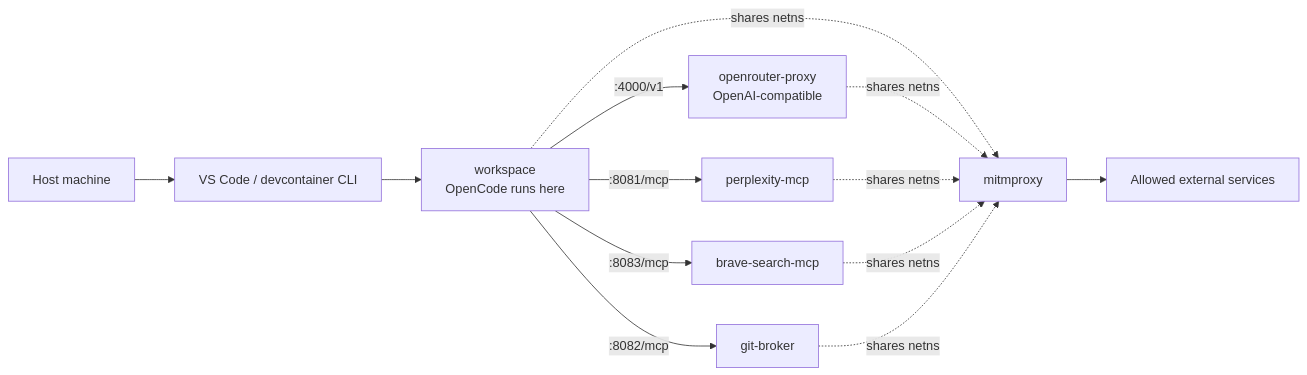
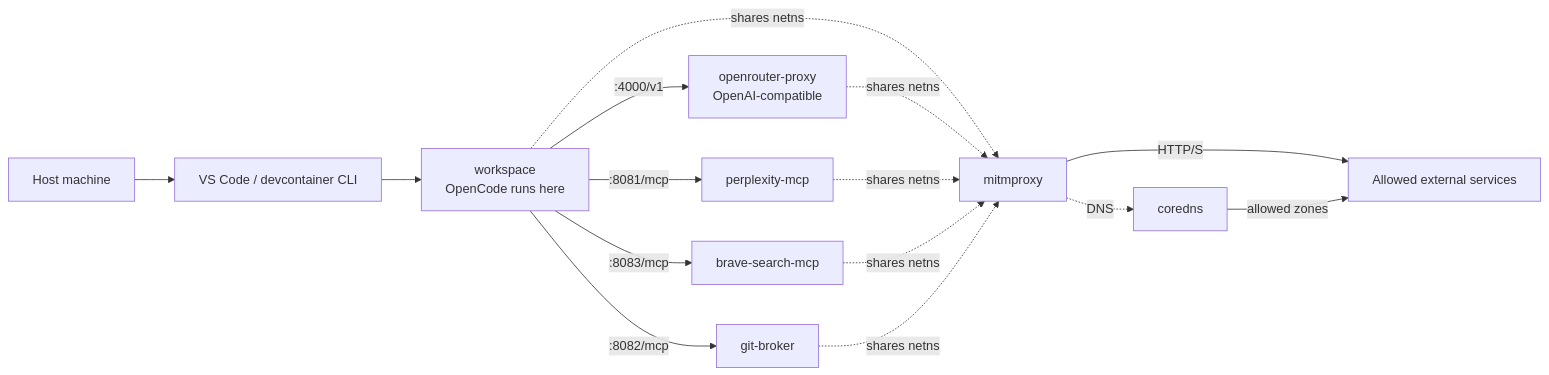
The first of 3 diagrams in README.md (sachitv/opencode-omo-sandbox-docker), drawn with Mermaid before and after one commit. The commit also changed other lines of this file and 11 other files, not shown here.

First line of the commit message:
Add CoreDNS DNS allowlist resolver to close DNS exfiltration channel (#3)

````diff
--- a/README.md
+++ b/README.md
@@ -50,28 +58,31 @@
 ```mermaid
 flowchart LR
   Host[Host machine]
   VSCode[VS Code / devcontainer CLI]
   Workspace[workspace<br/>OpenCode runs here]
   OpenRouter[openrouter-proxy<br/>OpenAI-compatible]
   Perplexity[perplexity-mcp]
   Brave[brave-search-mcp]
   GitBroker[git-broker]
   Mitm[mitmproxy]
+  CoreDNS[coredns]
   Internet[Allowed external services]
 
   Host --> VSCode
   VSCode --> Workspace
 
   Workspace -->|:4000/v1| OpenRouter
   Workspace -->|:8081/mcp| Perplexity
   Workspace -->|:8083/mcp| Brave
   Workspace -->|:8082/mcp| GitBroker
 
   Workspace -. shares netns .-> Mitm
   OpenRouter -. shares netns .-> Mitm
   Perplexity -. shares netns .-> Mitm
   Brave -. shares netns .-> Mitm
   GitBroker -. shares netns .-> Mitm
 
-  Mitm --> Internet
+  Mitm -->|HTTP/S| Internet
+  Mitm -. DNS .-> CoreDNS
+  CoreDNS -->|allowed zones| Internet
 ```
````
